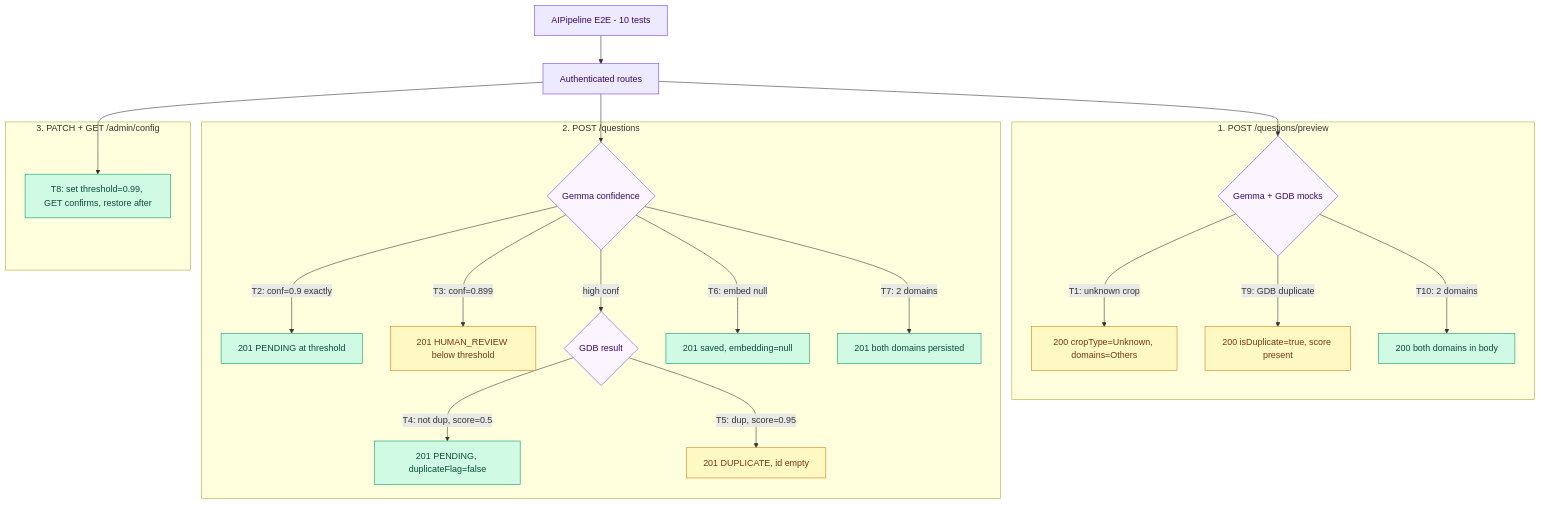
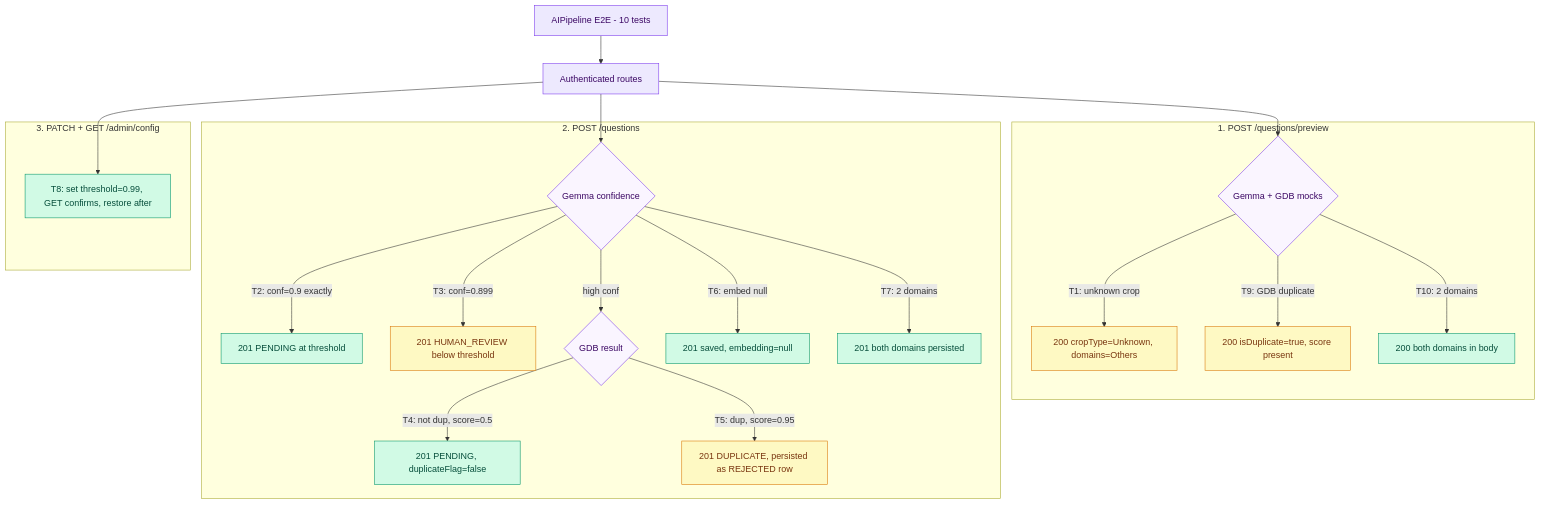
The diagram in backend/test/e2e/ai-pipeline/AIPipeline.e2e.md (vicharanashala/question_collection_platform), drawn with Mermaid before and after one commit. The commit also changed other lines of this file and 11 other files, not shown here.

Commit message:
changed existing test flow to suite new changes

````diff
--- a/backend/test/e2e/ai-pipeline/AIPipeline.e2e.md
+++ b/backend/test/e2e/ai-pipeline/AIPipeline.e2e.md
@@ -50,38 +50,38 @@
 ```mermaid
 flowchart TD
   classDef entry fill:#ede9fe,stroke:#7c3aed,color:#3b0764
   classDef ok    fill:#d1fae5,stroke:#059669,color:#064e3b
   classDef warn  fill:#fef9c3,stroke:#d97706,color:#78350f
   classDef err   fill:#fee2e2,stroke:#dc2626,color:#7f1d1d
   classDef decide fill:#faf5ff,stroke:#7c3aed,color:#3b0764
 
   ROOT["AIPipeline E2E - 10 tests"]:::entry
 
   ROOT --> ROUTES["Authenticated routes"]:::entry
 
   ROUTES --> PV
   ROUTES --> CONF
   ROUTES --> ADM
 
   subgraph PREVIEW ["1. POST /questions/preview"]
     PV{"Gemma + GDB mocks"}:::decide
     PV -- "T1: unknown crop" --> PR_UNKNOWN["200 cropType=Unknown, domains=Others"]:::warn
     PV -- "T9: GDB duplicate" --> PR_DUP["200 isDuplicate=true, score present"]:::warn
     PV -- "T10: 2 domains" --> PR_MULTI["200 both domains in body"]:::ok
   end
 
   subgraph SUBMIT ["2. POST /questions"]
     CONF{"Gemma confidence"}:::decide
     CONF -- "T2: conf=0.9 exactly" --> PEND["201 PENDING at threshold"]:::ok
     CONF -- "T3: conf=0.899" --> HRV["201 HUMAN_REVIEW below threshold"]:::warn
     CONF -- "high conf" --> GDBD{"GDB result"}:::decide
     GDBD -- "T4: not dup, score=0.5" --> NOT_DUP["201 PENDING, duplicateFlag=false"]:::ok
-    GDBD -- "T5: dup, score=0.95" --> DUP["201 DUPLICATE, id empty"]:::warn
+    GDBD -- "T5: dup, score=0.95" --> DUP["201 DUPLICATE, persisted as REJECTED row"]:::warn
     CONF -- "T6: embed null" --> EMBED_NULL["201 saved, embedding=null"]:::ok
     CONF -- "T7: 2 domains" --> MULTI_DOM["201 both domains persisted"]:::ok
   end
 
   subgraph CONFIG ["3. PATCH + GET /admin/config"]
     ADM["T8: set threshold=0.99, GET confirms, restore after"]:::ok
   end
 ```
````
